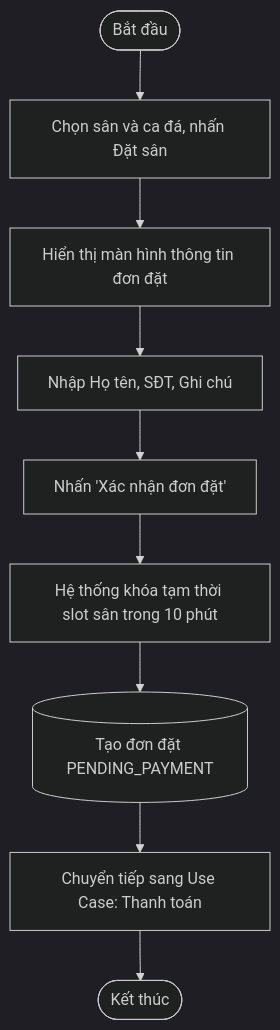
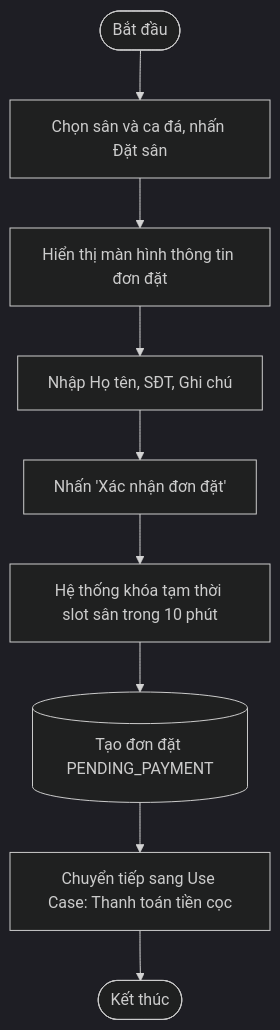
The eighth of 18 diagrams in docs/CHIEU_CHUAN_CHUONG_3_YEU_CAU_CHUC_NANG_FPMS.md (ngkhson/football-pitch-management-system), drawn with Mermaid (dark theme) before and after one commit. The commit also changed other lines of this file and 1 other file, not shown here.

````diff
--- a/docs/CHIEU_CHUAN_CHUONG_3_YEU_CAU_CHUC_NANG_FPMS.md
+++ b/docs/CHIEU_CHUAN_CHUONG_3_YEU_CAU_CHUC_NANG_FPMS.md
@@ -504,10 +507,10 @@
 ```mermaid
 flowchart TD
     Start([Bắt đầu]) --> ChoosePitch[Chọn sân và ca đá, nhấn Đặt sân]
     ChoosePitch --> ShowBookingSummary[Hiển thị màn hình thông tin đơn đặt]
     ShowBookingSummary --> InputCustomerData[Nhập Họ tên, SĐT, Ghi chú]
     InputCustomerData --> SubmitBookingOrder[Nhấn 'Xác nhận đơn đặt']
     SubmitBookingOrder --> LockSlotTime[Hệ thống khóa tạm thời slot sân trong 10 phút]
     LockSlotTime --> CreatePendingOrder[(Tạo đơn đặt PENDING_PAYMENT)]
-    CreatePendingOrder --> ForwardPayment[Chuyển tiếp sang Use Case: Thanh toán] --> End([Kết thúc])
+    CreatePendingOrder --> ForwardPayment[Chuyển tiếp sang Use Case: Thanh toán tiền cọc] --> End([Kết thúc])
 ```
````
